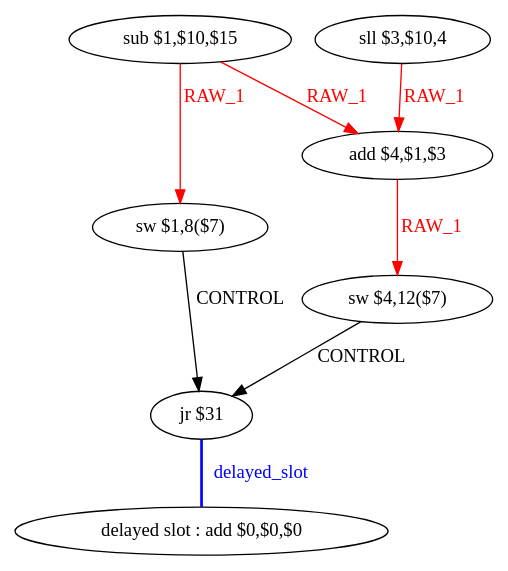
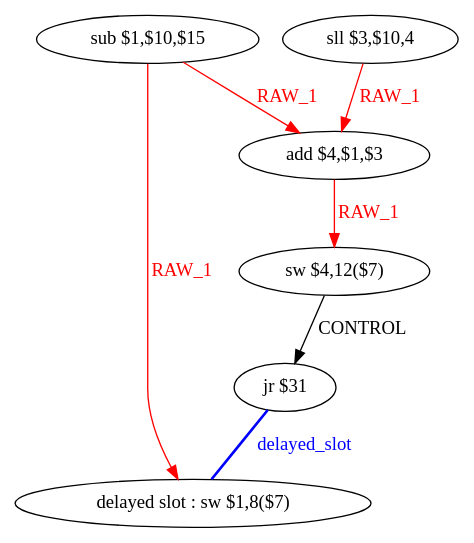
One commit to KatiaAMICHI/CompilationAvanc-e changed the diagram in CoursCA/CodeEtudiant2019/CodeEtudiant/tmp/test_td2_func_0_dfg_bb3_renamed.dot. Above: the diagram before and after it, drawn with Graphviz. The commit also changed 78 other files, not shown here.

```diff
--- a/CoursCA/CodeEtudiant2019/CodeEtudiant/tmp/test_td2_func_0_dfg_bb3_renamed.dot
+++ b/CoursCA/CodeEtudiant2019/CodeEtudiant/tmp/test_td2_func_0_dfg_bb3_renamed.dot
@@ -1,17 +1,15 @@
 digraph G1 {
 node [shape = ellipse];
-i6 [label = " delayed slot : add $0,$0,$0"] ;
-i5 ->  i6 [style = bold, dir= none, fontcolor = blue, color = blue, label= "delayed_slot"];
-i5 [label = "jr $31"] ;
+i5 [label = " delayed slot : sw $1,8($7)"] ;
+i4 ->  i5 [style = bold, dir= none, fontcolor = blue, color = blue, label= "delayed_slot"];
+i4 [label = "jr $31"] ;
 i0 [label = "sub $1,$10,$15"] ;
-i0 ->  i3 [color = red, fontcolor = red, label= "RAW_1"];
+i0 ->  i5 [color = red, fontcolor = red, label= "RAW_1"];
 i0 ->  i2 [color = red, fontcolor = red, label= "RAW_1"];
-i3 [label = "add $4,$1,$3"] ;
-i3 ->  i4 [color = red, fontcolor = red, label= "RAW_1"];
-i4 [label = "sw $4,12($7)"] ;
-i4 ->  i5 [label= "CONTROL"];
-i2 [label = "sw $1,8($7)"] ;
-i2 ->  i5 [label= "CONTROL"];
+i2 [label = "add $4,$1,$3"] ;
+i2 ->  i3 [color = red, fontcolor = red, label= "RAW_1"];
+i3 [label = "sw $4,12($7)"] ;
+i3 ->  i4 [label= "CONTROL"];
 i1 [label = "sll $3,$10,4"] ;
-i1 ->  i3 [color = red, fontcolor = red, label= "RAW_1"];
+i1 ->  i2 [color = red, fontcolor = red, label= "RAW_1"];
 }
```
